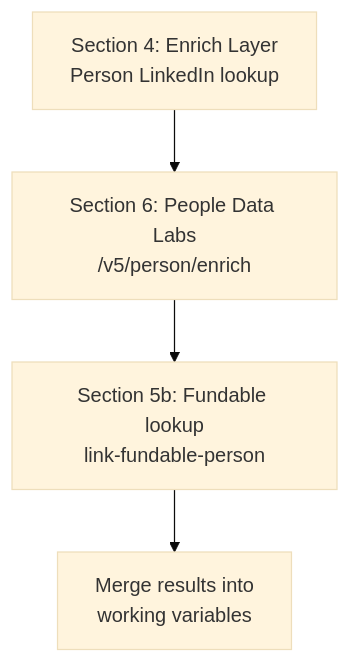
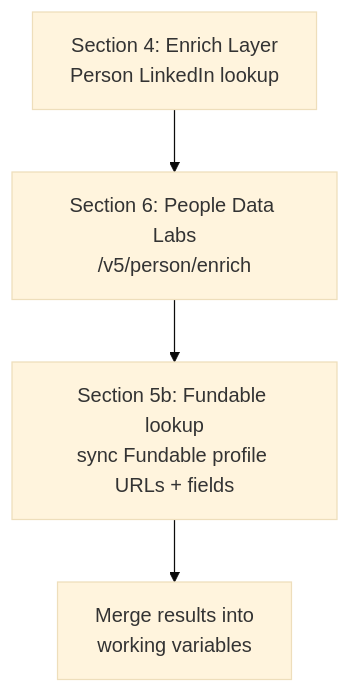
One commit to M-Pederson/docs changed the third of 6 diagrams in guides/enrichment/waterfall/person-enrichment-phases.mdx. Above: the diagram before and after it, drawn with Mermaid (base theme). The commit also changed other lines of this file and 4 other files, not shown here.

````diff
--- a/guides/enrichment/waterfall/person-enrichment-phases.mdx
+++ b/guides/enrichment/waterfall/person-enrichment-phases.mdx
@@ -132,6 +132,6 @@
 ```mermaid
 graph TD
     A["Section 4: Enrich Layer<br/>Person LinkedIn lookup"] --> B["Section 6: People Data Labs<br/>/v5/person/enrich"]
-    B --> C["Section 5b: Fundable lookup<br/>link-fundable-person"]
+    B --> C["Section 5b: Fundable lookup<br/>sync Fundable profile URLs + fields"]
     C --> D["Merge results into<br/>working variables"]
 ```
````
